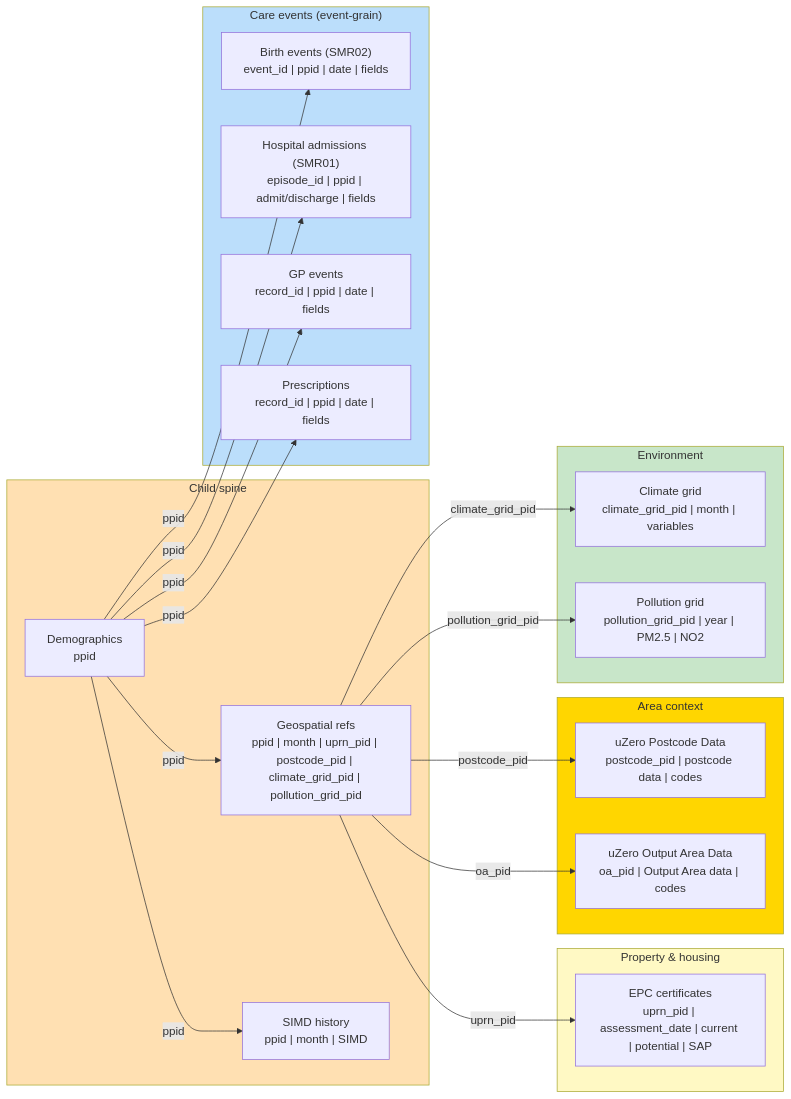
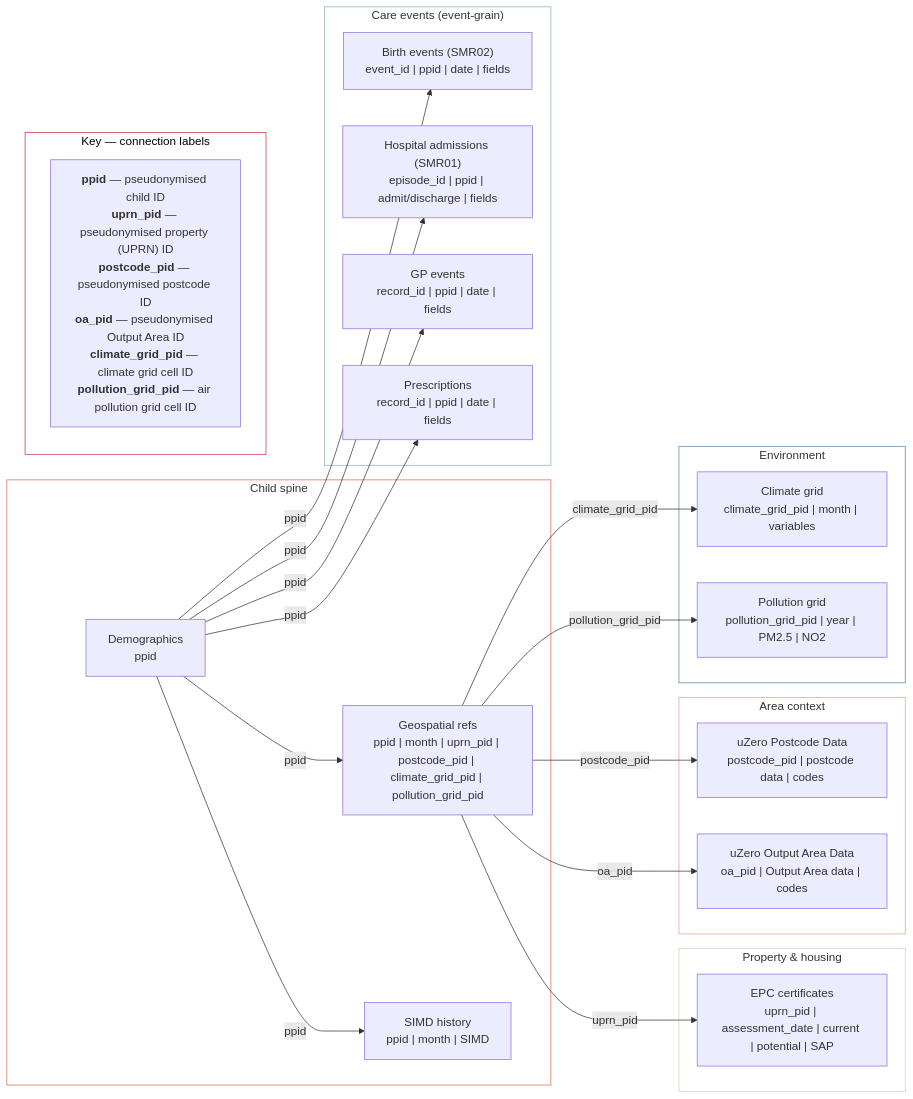
One commit to HomesHeatAndHealthyKids/DataLochAnalysis changed the diagram in linkage_plan.md. Above: the diagram before and after it, drawn with Mermaid. The commit also changed 1 other file, not shown here.

Commit message:
Added key to linkage diagram

````diff
--- a/linkage_plan.md
+++ b/linkage_plan.md
@@ -4,37 +4,44 @@
 ```mermaid
 flowchart LR
+
+
  subgraph CHILD["Child spine"]
         C["Demographics<br>ppid"]
         AH["Geospatial refs<br>ppid | month | uprn_pid | postcode_pid | climate_grid_pid | pollution_grid_pid"]
         SH["SIMD history<br>ppid | month | SIMD"]
   end
  subgraph EVENTS["Care events (event-grain)"]
         B["Birth events (SMR02)<br>event_id | ppid | date | fields"]
         H["Hospital admissions (SMR01)<br>episode_id | ppid | admit/discharge | fields"]
         G["GP events<br>record_id | ppid | date | fields"]
         P["Prescriptions<br>record_id | ppid | date | fields"]
   end
  subgraph PROPERTY["Property & housing"]
         EPC["EPC certificates<br>uprn_pid | assessment_date | current | potential | SAP"]
   end
  subgraph AREA["Area context"]
         PC["uZero Postcode Data<br>postcode_pid | postcode data | codes"]
         OAC["uZero Output Area Data<br>oa_pid | Output Area data | codes"]
   end
  subgraph ENV["Environment"]
         CGRID["Climate grid<br>climate_grid_pid | month | variables"]
         PGRID["Pollution grid<br>pollution_grid_pid | year | PM2.5 | NO2"]
   end
+    subgraph KEY["Key — connection labels"]
+    direction TB
+      L["<b>ppid</b> — pseudonymised child ID<br/><b>uprn_pid</b> — pseudonymised property (UPRN) ID<br/><b>postcode_pid</b> — pseudonymised postcode ID<br/><b>oa_pid</b> — pseudonymised Output Area ID<br/><b>climate_grid_pid</b> — climate grid cell ID<br/><b>pollution_grid_pid</b> — air pollution grid cell ID"]
+ end
     C -- ppid --> B & H & G & P & AH & SH
     AH -- oa_pid --> OAC
     AH -- uprn_pid --> EPC
     AH -- postcode_pid --> PC
     AH -- climate_grid_pid --> CGRID
     AH -- pollution_grid_pid --> PGRID
    
-    style ENV fill:#C8E6C9
-    style EVENTS fill:#BBDEFB
-    style PROPERTY fill:#FFF9C4
-    style AREA fill:#FFD600
-    style CHILD fill:#FFE0B2
+    style ENV stroke: #4E86AD, fill: #fff
+    style EVENTS stroke:  #86AFC4, fill: #fff
+    style PROPERTY stroke: #E6C7AF, fill: #fff
+    style AREA stroke: #E9A27D, fill: #fff
+    style CHILD stroke: #D96A4C, fill: #fff
+    style KEY fill: #fff, stroke: #C5333A, color: #000
 ```
````
